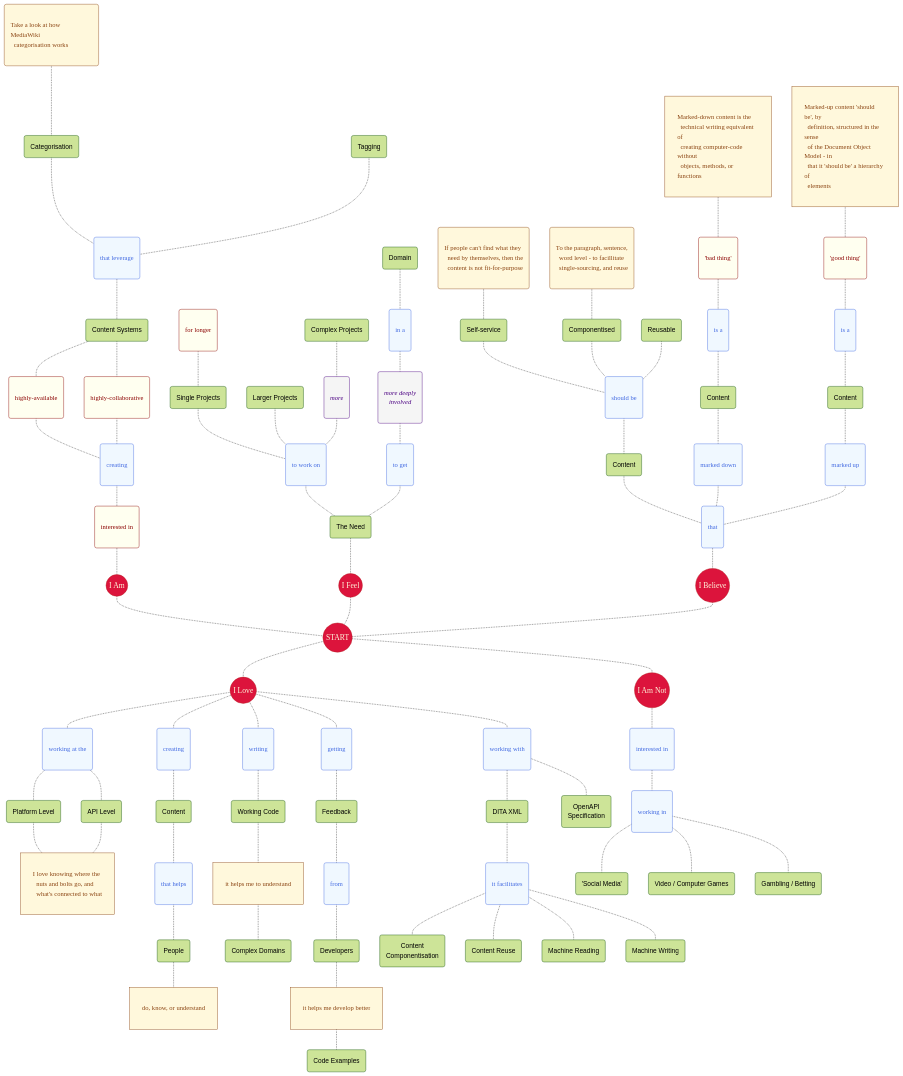
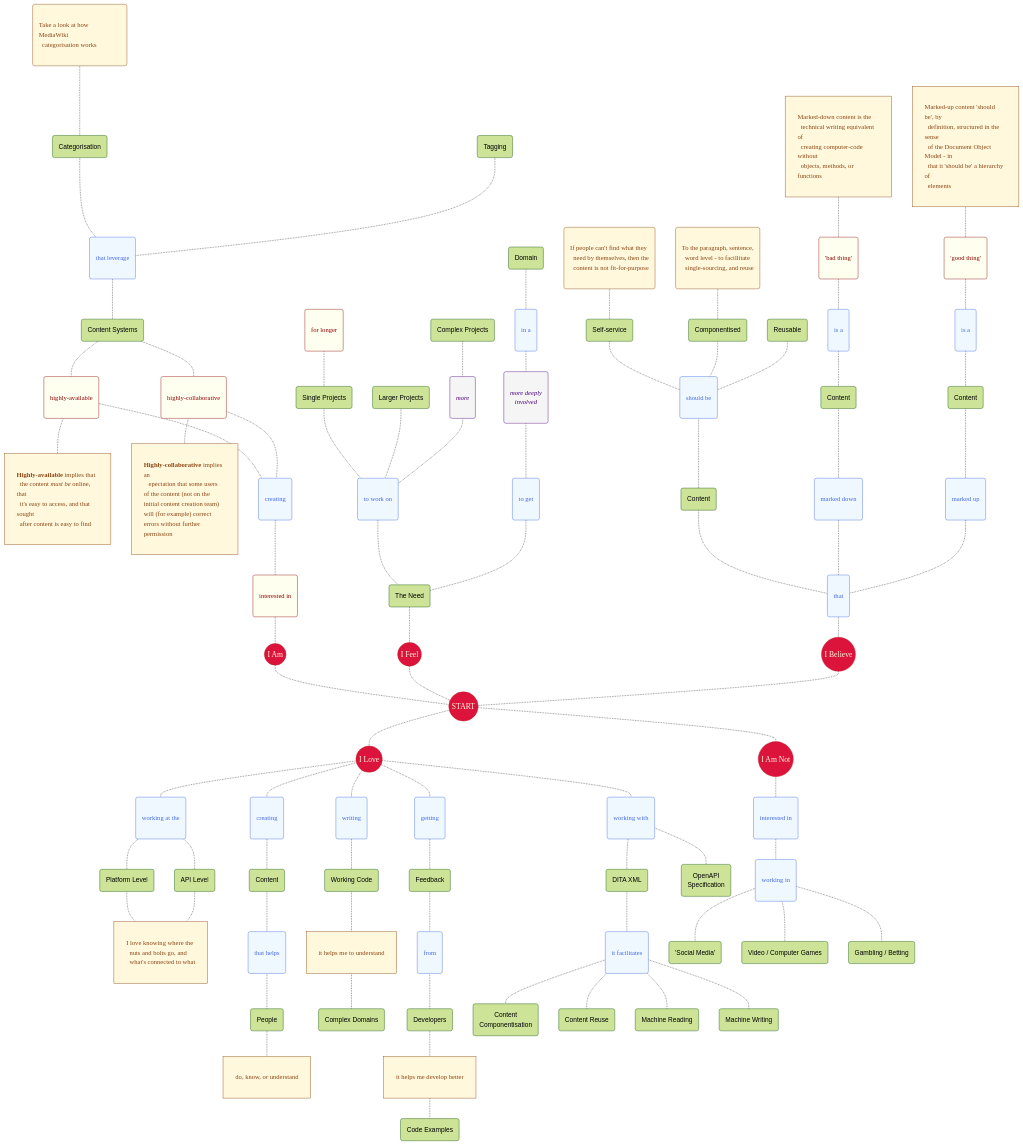
The diagram in my_mermaid_mindmap.md (joe-dorward/samples), drawn with Mermaid before and after one commit.

```diff
--- a/my_mermaid_mindmap.md
+++ b/my_mermaid_mindmap.md
@@ -16,22 +16,27 @@
   CATEGORISATION_NOTE("Take a look at how MediaWiki&ensp;<br/>&ensp;categorisation works")
   COMPONENTISED_NOTE("To the paragraph, sentence,<br/>&ensp;word level - to facillitate<br/>&ensp;single-sourcing, and reuse")
   PLATFORM_LEVEL_NOTE["I love knowing where the<br/>&ensp;nuts and bolts go, and<br/>&ensp;what's connected to what"]
+
   MARKED_DOWN_CONTENT_NOTE["Marked-down content is the<br/>&ensp;technical writing equivalent of<br/>&ensp;creating computer-code without<br/>&ensp;objects, methods, or functions"]
   MARKED_UP_CONTENT_NOTE["Marked-up content 'should be', by<br/>&ensp;definition, structured in the sense<br/>&ensp;of the Document Object Model - in<br/>&ensp;that it 'should be' a hierarchy of<br/>&ensp;elements"]
 
-  class SELF_SERVICE_NOTE,CATEGORISATION_NOTE,COMPONENTISED_NOTE,PLATFORM_LEVEL_NOTE,MARKED_DOWN_CONTENT_NOTE,MARKED_UP_CONTENT_NOTE Note;
+  HIGHLY_AVAILABLE_NOTE["<b>Highly-available</b> implies that<br/>&ensp;the content <i>must be</i> online, that<br/>&ensp;it's easy to access, and that sought<br/>&ensp;after content is easy to find"]
+  HIGHLY_COLABORATIVE_NOTE["<b>Highly-collaborative</b> implies an<br/>&ensp; epectation that some users of the content (not on the initial content creation team) will (for example) correct errors without further permission"]
+
+  class SELF_SERVICE_NOTE,CATEGORISATION_NOTE,COMPONENTISED_NOTE,PLATFORM_LEVEL_NOTE,MARKED_DOWN_CONTENT_NOTE,MARKED_UP_CONTENT_NOTE,HIGHLY_AVAILABLE_NOTE,HIGHLY_COLABORATIVE_NOTE Note;
 
   SELF_SERVICE_NOTE-.-SELF_SERVICE
   CATEGORISATION_NOTE-.-CATEGORISATION
   COMPONENTISED_NOTE-.-COMPONENTISED
 
-
   PLATFORM_LEVEL-.-PLATFORM_LEVEL_NOTE
   API_LEVEL-.-PLATFORM_LEVEL_NOTE
-  %%MARKED_UP_CONTENT-.-MARKED_UP_CONTENT_NOTE
 
   MARKED_DOWN_CONTENT_NOTE-.-BAD_THING
   MARKED_UP_CONTENT_NOTE-.-GOOD_THING
+
+  HIGHLY_AVAILABLE-.-HIGHLY_AVAILABLE_NOTE
+  HIGHLY_COLABORATIVE-.-HIGHLY_COLABORATIVE_NOTE
   %% ========== ========== ========== ========== ==========
   I_AM(("I Am")):::Start
   I_AM-.-START
```
